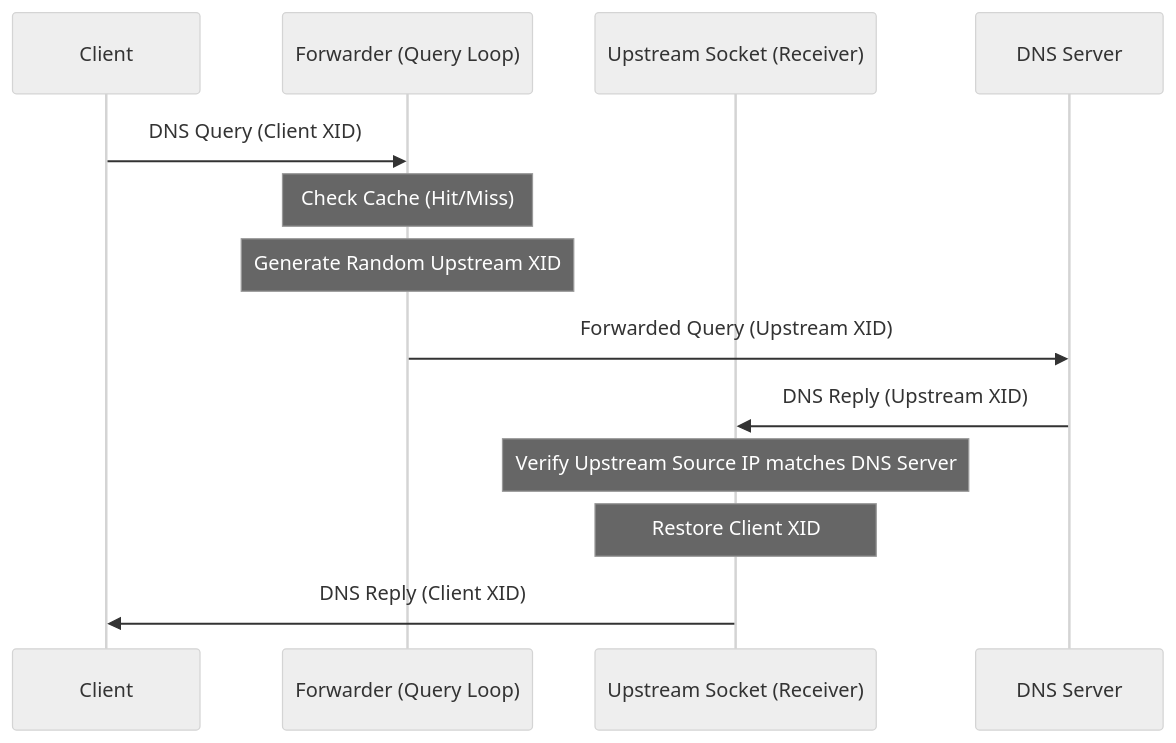
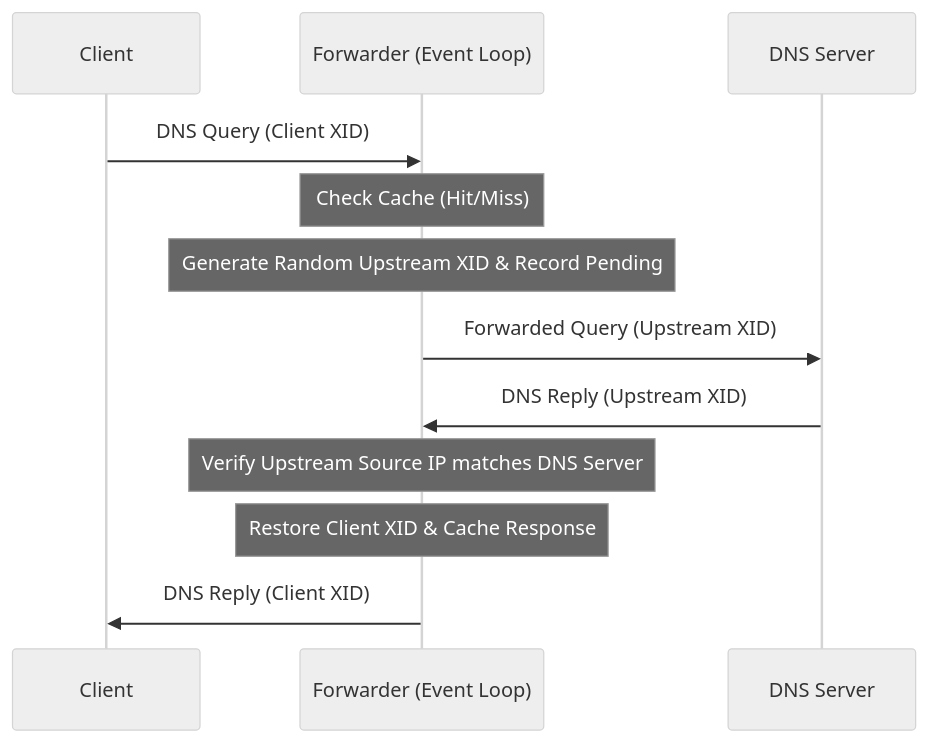
Before and after one commit to eaterofpies/trimrouter: the diagram in specs/dns_forwarder_spec.md, drawn with Mermaid (neutral theme). The commit also changed other lines of this file and 1 other file, not shown here.

Commit message:
refactor(dns-forwarder): unify worker into single tokio::select event loop without mutexes

````diff
--- a/specs/dns_forwarder_spec.md
+++ b/specs/dns_forwarder_spec.md
@@ -23,16 +23,15 @@
 ```mermaid
 sequenceDiagram
     participant Client
-    participant Forwarder (Query Loop)
-    participant Upstream Socket (Receiver)
+    participant Forwarder (Event Loop)
     participant DNS Server
 
-    Client->>Forwarder (Query Loop): DNS Query (Client XID)
-    Note over Forwarder (Query Loop): Check Cache (Hit/Miss)
-    Note over Forwarder (Query Loop): Generate Random Upstream XID
-    Forwarder (Query Loop)->>DNS Server: Forwarded Query (Upstream XID)
-    DNS Server->>Upstream Socket (Receiver): DNS Reply (Upstream XID)
-    Note over Upstream Socket (Receiver): Verify Upstream Source IP matches DNS Server
-    Note over Upstream Socket (Receiver): Restore Client XID
-    Upstream Socket (Receiver)->>Client: DNS Reply (Client XID)
+    Client->>Forwarder (Event Loop): DNS Query (Client XID)
+    Note over Forwarder (Event Loop): Check Cache (Hit/Miss)
+    Note over Forwarder (Event Loop): Generate Random Upstream XID & Record Pending
+    Forwarder (Event Loop)->>DNS Server: Forwarded Query (Upstream XID)
+    DNS Server->>Forwarder (Event Loop): DNS Reply (Upstream XID)
+    Note over Forwarder (Event Loop): Verify Upstream Source IP matches DNS Server
+    Note over Forwarder (Event Loop): Restore Client XID & Cache Response
+    Forwarder (Event Loop)->>Client: DNS Reply (Client XID)
 ```
````
